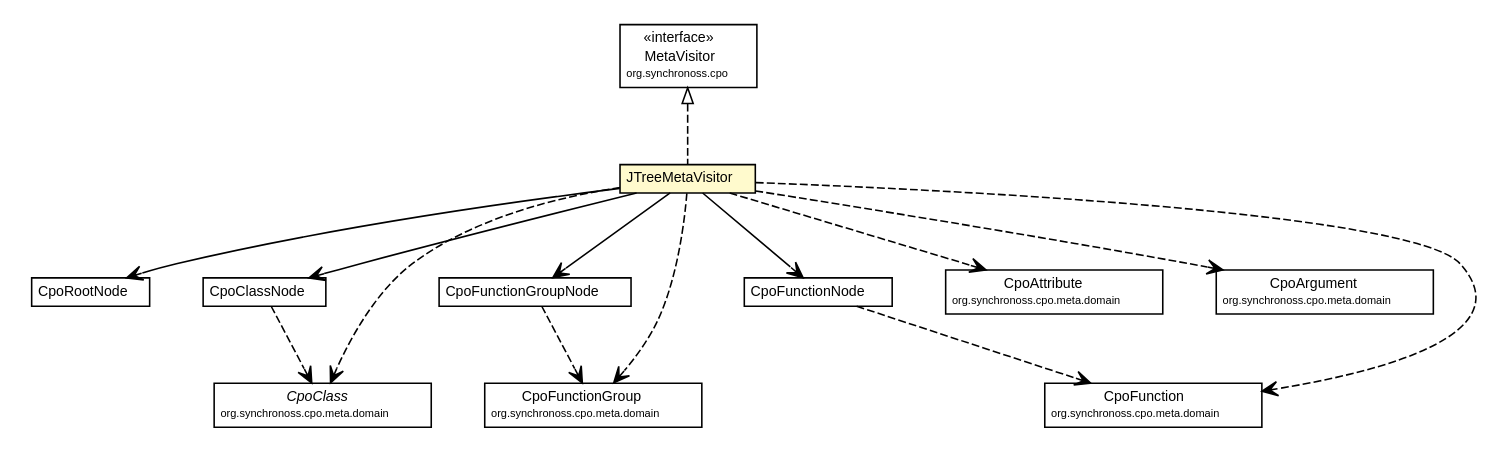
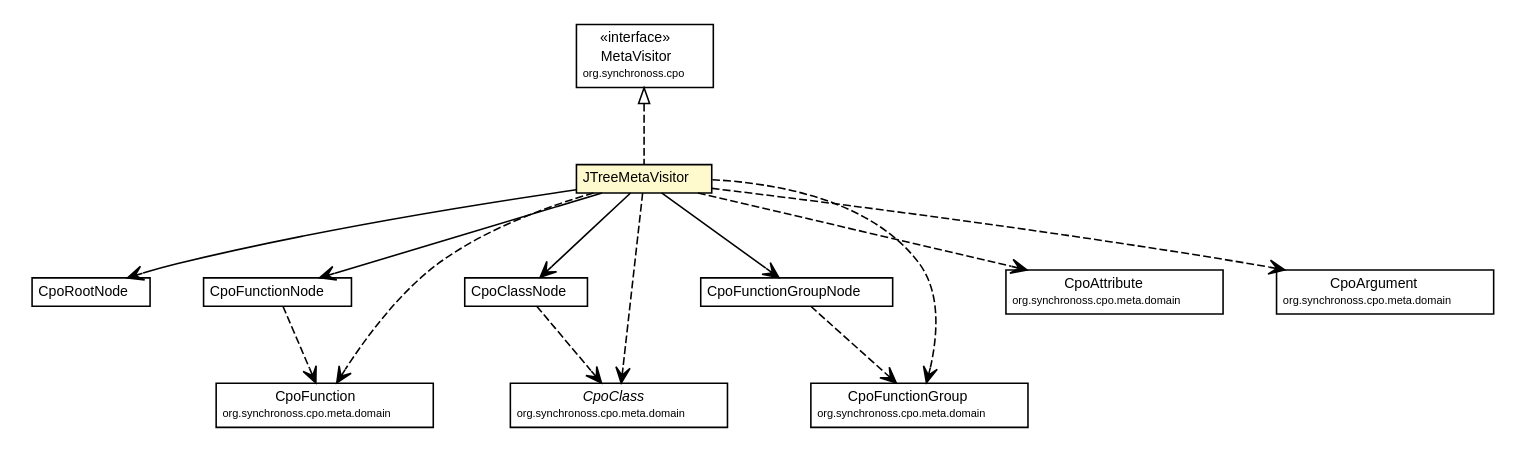
One commit to synchronoss/cpo-util changed the diagram in site/apidocs/org/synchronoss/cpo/util/JTreeMetaVisitor.dot. Above: the diagram before and after it, drawn with Graphviz. The commit also changed 283 other files, not shown here.

Commit message:
Creating site for cpoUtil, 5.1.1-SNAPSHOT

```diff
--- a/site/apidocs/org/synchronoss/cpo/util/JTreeMetaVisitor.dot
+++ b/site/apidocs/org/synchronoss/cpo/util/JTreeMetaVisitor.dot
@@ -1,109 +1,109 @@
 #!/usr/local/bin/dot
 #
 # Class diagram 
 # Generated by UmlGraph version 4.6 (http://www.spinellis.gr/sw/umlgraph)
 #
 
 digraph G {
 	edge [fontname="Helvetica",fontsize=10,labelfontname="Helvetica",labelfontsize=10];
 	node [fontname="Helvetica",fontsize=10,shape=plaintext];
 	// org.synchronoss.cpo.util.JTreeMetaVisitor
 	c1707 [label=<<table border="0" cellborder="1" cellspacing="0" cellpadding="2" port="p" bgcolor="lemonChiffon" href="./JTreeMetaVisitor.html">
 		<tr><td><table border="0" cellspacing="0" cellpadding="1">
 			<tr><td> JTreeMetaVisitor </td></tr>
 		</table></td></tr>
 		</table>>, fontname="Helvetica", fontcolor="black", fontsize=9.0];
 	// org.synchronoss.cpo.util.CpoRootNode
 	c1715 [label=<<table border="0" cellborder="1" cellspacing="0" cellpadding="2" port="p" href="./CpoRootNode.html">
 		<tr><td><table border="0" cellspacing="0" cellpadding="1">
 			<tr><td> CpoRootNode </td></tr>
 		</table></td></tr>
 		</table>>, fontname="Helvetica", fontcolor="black", fontsize=9.0];
 	// org.synchronoss.cpo.util.CpoFunctionNode
 	c1721 [label=<<table border="0" cellborder="1" cellspacing="0" cellpadding="2" port="p" href="./CpoFunctionNode.html">
 		<tr><td><table border="0" cellspacing="0" cellpadding="1">
 			<tr><td> CpoFunctionNode </td></tr>
 		</table></td></tr>
 		</table>>, fontname="Helvetica", fontcolor="black", fontsize=9.0];
 	// org.synchronoss.cpo.util.CpoClassNode
 	c1723 [label=<<table border="0" cellborder="1" cellspacing="0" cellpadding="2" port="p" href="./CpoClassNode.html">
 		<tr><td><table border="0" cellspacing="0" cellpadding="1">
 			<tr><td> CpoClassNode </td></tr>
 		</table></td></tr>
 		</table>>, fontname="Helvetica", fontcolor="black", fontsize=9.0];
 	// org.synchronoss.cpo.util.CpoFunctionGroupNode
 	c1728 [label=<<table border="0" cellborder="1" cellspacing="0" cellpadding="2" port="p" href="./CpoFunctionGroupNode.html">
 		<tr><td><table border="0" cellspacing="0" cellpadding="1">
 			<tr><td> CpoFunctionGroupNode </td></tr>
 		</table></td></tr>
 		</table>>, fontname="Helvetica", fontcolor="black", fontsize=9.0];
 	//org.synchronoss.cpo.util.JTreeMetaVisitor implements org.synchronoss.cpo.MetaVisitor
 	c1764:p -> c1707:p [dir=back,arrowtail=empty,style=dashed];
 	// org.synchronoss.cpo.util.JTreeMetaVisitor NAVASSOC org.synchronoss.cpo.util.CpoRootNode
 	c1707:p -> c1715:p [taillabel="", label="", headlabel="", fontname="Helvetica", fontcolor="black", fontsize=10.0, color="black", arrowhead=open];
 	// org.synchronoss.cpo.util.JTreeMetaVisitor NAVASSOC org.synchronoss.cpo.util.CpoClassNode
 	c1707:p -> c1723:p [taillabel="", label="", headlabel="", fontname="Helvetica", fontcolor="black", fontsize=10.0, color="black", arrowhead=open];
 	// org.synchronoss.cpo.util.JTreeMetaVisitor NAVASSOC org.synchronoss.cpo.util.CpoFunctionGroupNode
 	c1707:p -> c1728:p [taillabel="", label="", headlabel="", fontname="Helvetica", fontcolor="black", fontsize=10.0, color="black", arrowhead=open];
 	// org.synchronoss.cpo.util.JTreeMetaVisitor NAVASSOC org.synchronoss.cpo.util.CpoFunctionNode
 	c1707:p -> c1721:p [taillabel="", label="", headlabel="", fontname="Helvetica", fontcolor="black", fontsize=10.0, color="black", arrowhead=open];
+	// org.synchronoss.cpo.util.JTreeMetaVisitor DEPEND org.synchronoss.cpo.meta.domain.CpoFunction
+	c1707:p -> c1765:p [taillabel="", label="", headlabel="", fontname="Helvetica", fontcolor="black", fontsize=10.0, color="black", arrowhead=open, style=dashed];
+	// org.synchronoss.cpo.util.JTreeMetaVisitor DEPEND org.synchronoss.cpo.meta.domain.CpoClass
+	c1707:p -> c1766:p [taillabel="", label="", headlabel="", fontname="Helvetica", fontcolor="black", fontsize=10.0, color="black", arrowhead=open, style=dashed];
 	// org.synchronoss.cpo.util.JTreeMetaVisitor DEPEND org.synchronoss.cpo.meta.domain.CpoFunctionGroup
-	c1707:p -> c1766:p [taillabel="", label="", headlabel="", fontname="Helvetica", fontcolor="black", fontsize=10.0, color="black", arrowhead=open, style=dashed];
-	// org.synchronoss.cpo.util.JTreeMetaVisitor DEPEND org.synchronoss.cpo.meta.domain.CpoClass
-	c1707:p -> c1767:p [taillabel="", label="", headlabel="", fontname="Helvetica", fontcolor="black", fontsize=10.0, color="black", arrowhead=open, style=dashed];
+	c1707:p -> c1768:p [taillabel="", label="", headlabel="", fontname="Helvetica", fontcolor="black", fontsize=10.0, color="black", arrowhead=open, style=dashed];
 	// org.synchronoss.cpo.util.JTreeMetaVisitor DEPEND org.synchronoss.cpo.meta.domain.CpoAttribute
-	c1707:p -> c1768:p [taillabel="", label="", headlabel="", fontname="Helvetica", fontcolor="black", fontsize=10.0, color="black", arrowhead=open, style=dashed];
+	c1707:p -> c1769:p [taillabel="", label="", headlabel="", fontname="Helvetica", fontcolor="black", fontsize=10.0, color="black", arrowhead=open, style=dashed];
 	// org.synchronoss.cpo.util.JTreeMetaVisitor DEPEND org.synchronoss.cpo.meta.domain.CpoArgument
-	c1707:p -> c1769:p [taillabel="", label="", headlabel="", fontname="Helvetica", fontcolor="black", fontsize=10.0, color="black", arrowhead=open, style=dashed];
-	// org.synchronoss.cpo.util.JTreeMetaVisitor DEPEND org.synchronoss.cpo.meta.domain.CpoFunction
 	c1707:p -> c1770:p [taillabel="", label="", headlabel="", fontname="Helvetica", fontcolor="black", fontsize=10.0, color="black", arrowhead=open, style=dashed];
 	// org.synchronoss.cpo.util.CpoFunctionNode DEPEND org.synchronoss.cpo.meta.domain.CpoFunction
-	c1721:p -> c1770:p [taillabel="", label="", headlabel="", fontname="Helvetica", fontcolor="black", fontsize=10.0, color="black", arrowhead=open, style=dashed];
+	c1721:p -> c1765:p [taillabel="", label="", headlabel="", fontname="Helvetica", fontcolor="black", fontsize=10.0, color="black", arrowhead=open, style=dashed];
 	// org.synchronoss.cpo.util.CpoClassNode DEPEND org.synchronoss.cpo.meta.domain.CpoClass
-	c1723:p -> c1767:p [taillabel="", label="", headlabel="", fontname="Helvetica", fontcolor="black", fontsize=10.0, color="black", arrowhead=open, style=dashed];
+	c1723:p -> c1766:p [taillabel="", label="", headlabel="", fontname="Helvetica", fontcolor="black", fontsize=10.0, color="black", arrowhead=open, style=dashed];
 	// org.synchronoss.cpo.util.CpoFunctionGroupNode DEPEND org.synchronoss.cpo.meta.domain.CpoFunctionGroup
-	c1728:p -> c1766:p [taillabel="", label="", headlabel="", fontname="Helvetica", fontcolor="black", fontsize=10.0, color="black", arrowhead=open, style=dashed];
+	c1728:p -> c1768:p [taillabel="", label="", headlabel="", fontname="Helvetica", fontcolor="black", fontsize=10.0, color="black", arrowhead=open, style=dashed];
 	// org.synchronoss.cpo.meta.domain.CpoClass
-	c1767 [label=<<table border="0" cellborder="1" cellspacing="0" cellpadding="2" port="p" href="http://java.sun.com/j2se/1.4.2/docs/api/org/synchronoss/cpo/meta/domain/CpoClass.html">
+	c1766 [label=<<table border="0" cellborder="1" cellspacing="0" cellpadding="2" port="p" href="http://java.sun.com/j2se/1.4.2/docs/api/org/synchronoss/cpo/meta/domain/CpoClass.html">
 		<tr><td><table border="0" cellspacing="0" cellpadding="1">
 			<tr><td><font face="Helvetica-Oblique"> CpoClass </font></td></tr>
 			<tr><td><font point-size="7.0"> org.synchronoss.cpo.meta.domain </font></td></tr>
 		</table></td></tr>
 		</table>>, fontname="Helvetica", fontcolor="black", fontsize=9.0];
 	// org.synchronoss.cpo.meta.domain.CpoArgument
-	c1769 [label=<<table border="0" cellborder="1" cellspacing="0" cellpadding="2" port="p" href="http://java.sun.com/j2se/1.4.2/docs/api/org/synchronoss/cpo/meta/domain/CpoArgument.html">
+	c1770 [label=<<table border="0" cellborder="1" cellspacing="0" cellpadding="2" port="p" href="http://java.sun.com/j2se/1.4.2/docs/api/org/synchronoss/cpo/meta/domain/CpoArgument.html">
 		<tr><td><table border="0" cellspacing="0" cellpadding="1">
 			<tr><td> CpoArgument </td></tr>
 			<tr><td><font point-size="7.0"> org.synchronoss.cpo.meta.domain </font></td></tr>
 		</table></td></tr>
 		</table>>, fontname="Helvetica", fontcolor="black", fontsize=9.0];
 	// org.synchronoss.cpo.meta.domain.CpoAttribute
-	c1768 [label=<<table border="0" cellborder="1" cellspacing="0" cellpadding="2" port="p" href="http://java.sun.com/j2se/1.4.2/docs/api/org/synchronoss/cpo/meta/domain/CpoAttribute.html">
+	c1769 [label=<<table border="0" cellborder="1" cellspacing="0" cellpadding="2" port="p" href="http://java.sun.com/j2se/1.4.2/docs/api/org/synchronoss/cpo/meta/domain/CpoAttribute.html">
 		<tr><td><table border="0" cellspacing="0" cellpadding="1">
 			<tr><td> CpoAttribute </td></tr>
 			<tr><td><font point-size="7.0"> org.synchronoss.cpo.meta.domain </font></td></tr>
 		</table></td></tr>
 		</table>>, fontname="Helvetica", fontcolor="black", fontsize=9.0];
 	// org.synchronoss.cpo.meta.domain.CpoFunction
-	c1770 [label=<<table border="0" cellborder="1" cellspacing="0" cellpadding="2" port="p" href="http://java.sun.com/j2se/1.4.2/docs/api/org/synchronoss/cpo/meta/domain/CpoFunction.html">
+	c1765 [label=<<table border="0" cellborder="1" cellspacing="0" cellpadding="2" port="p" href="http://java.sun.com/j2se/1.4.2/docs/api/org/synchronoss/cpo/meta/domain/CpoFunction.html">
 		<tr><td><table border="0" cellspacing="0" cellpadding="1">
 			<tr><td> CpoFunction </td></tr>
 			<tr><td><font point-size="7.0"> org.synchronoss.cpo.meta.domain </font></td></tr>
 		</table></td></tr>
 		</table>>, fontname="Helvetica", fontcolor="black", fontsize=9.0];
 	// org.synchronoss.cpo.meta.domain.CpoFunctionGroup
-	c1766 [label=<<table border="0" cellborder="1" cellspacing="0" cellpadding="2" port="p" href="http://java.sun.com/j2se/1.4.2/docs/api/org/synchronoss/cpo/meta/domain/CpoFunctionGroup.html">
+	c1768 [label=<<table border="0" cellborder="1" cellspacing="0" cellpadding="2" port="p" href="http://java.sun.com/j2se/1.4.2/docs/api/org/synchronoss/cpo/meta/domain/CpoFunctionGroup.html">
 		<tr><td><table border="0" cellspacing="0" cellpadding="1">
 			<tr><td> CpoFunctionGroup </td></tr>
 			<tr><td><font point-size="7.0"> org.synchronoss.cpo.meta.domain </font></td></tr>
 		</table></td></tr>
 		</table>>, fontname="Helvetica", fontcolor="black", fontsize=9.0];
 	// org.synchronoss.cpo.MetaVisitor
 	c1764 [label=<<table border="0" cellborder="1" cellspacing="0" cellpadding="2" port="p" href="http://java.sun.com/j2se/1.4.2/docs/api/org/synchronoss/cpo/MetaVisitor.html">
 		<tr><td><table border="0" cellspacing="0" cellpadding="1">
 			<tr><td> &laquo;interface&raquo; </td></tr>
 			<tr><td> MetaVisitor </td></tr>
 			<tr><td><font point-size="7.0"> org.synchronoss.cpo </font></td></tr>
 		</table></td></tr>
 		</table>>, fontname="Helvetica", fontcolor="black", fontsize=9.0];
 }
```
